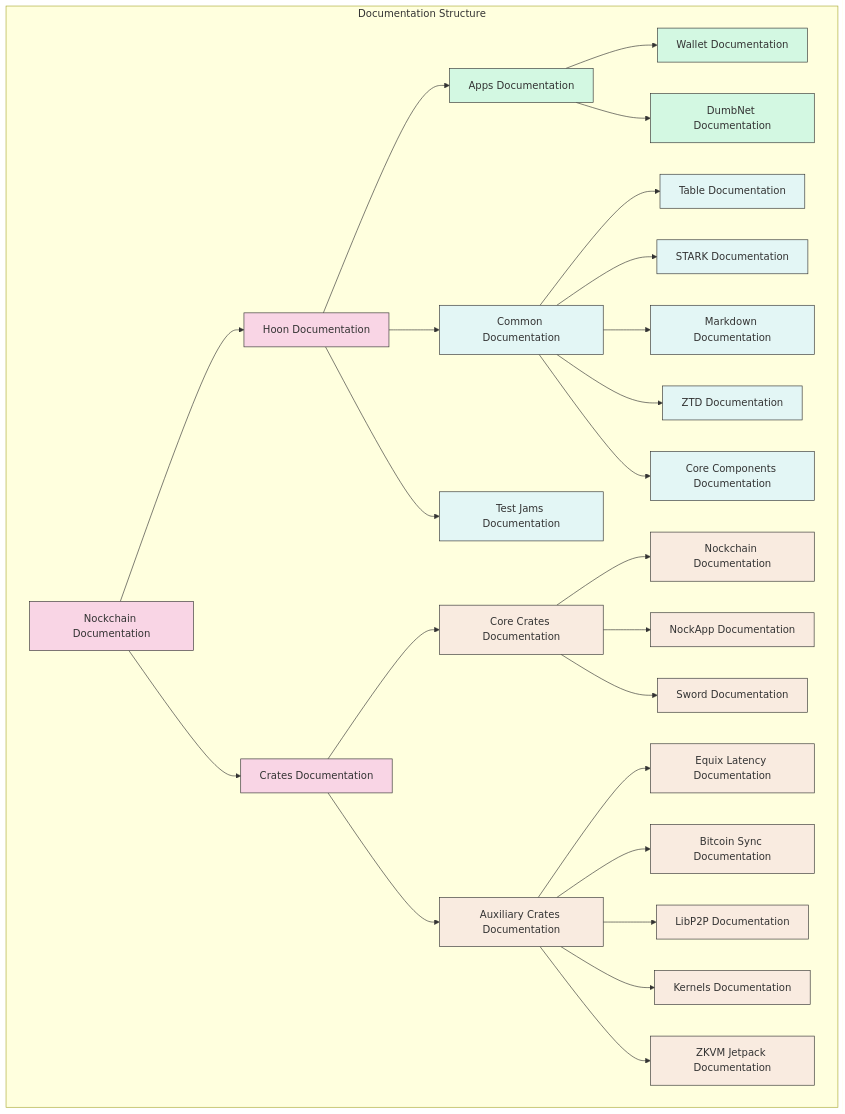
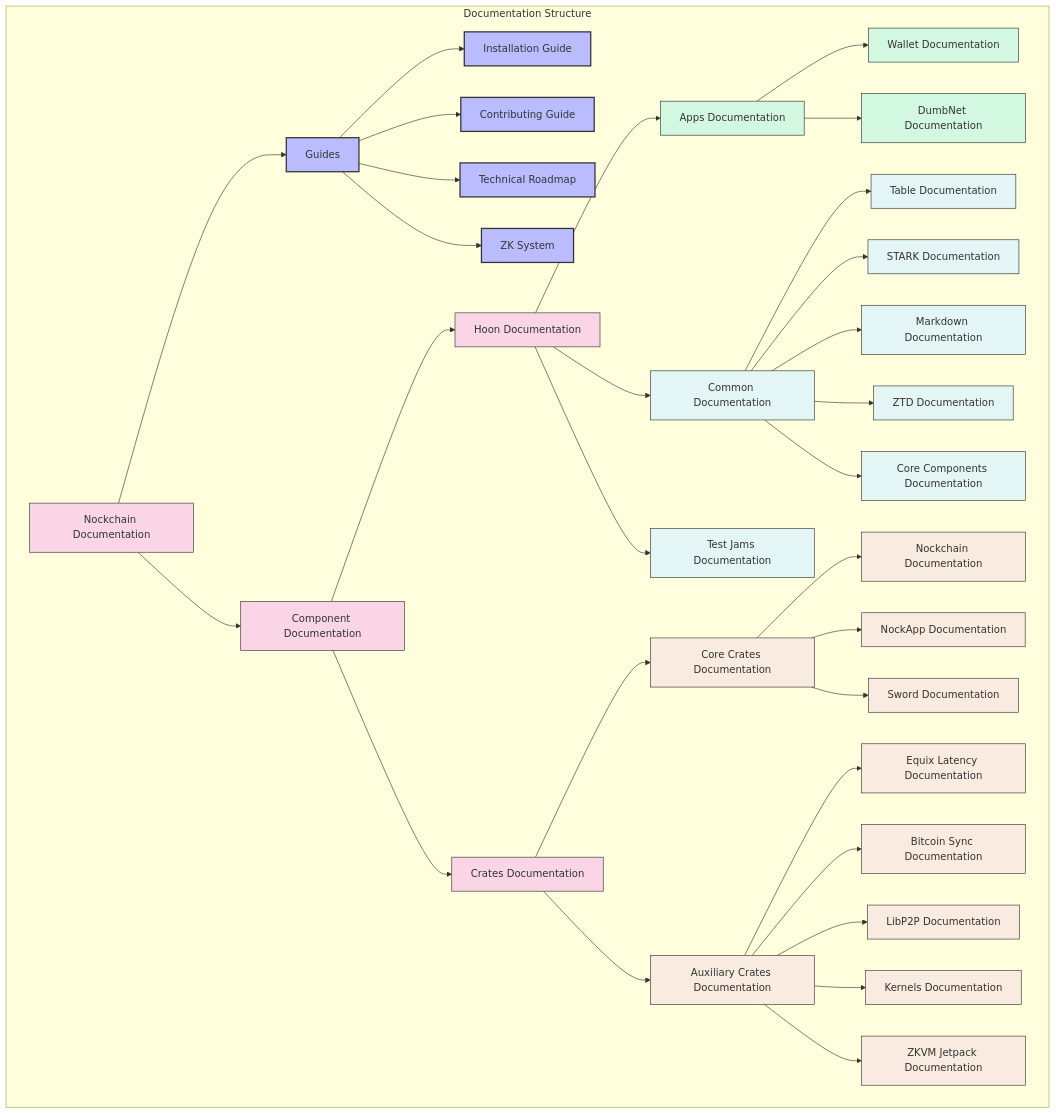
Before and after one commit to docxology/nockchain: the third of 4 diagrams in docs/README.md, drawn with Mermaid. The commit also changed other lines of this file and 13 other files, not shown here.

````diff
--- a/docs/README.md
+++ b/docs/README.md
@@ -548,56 +145,74 @@
 ```mermaid
 graph TD
     subgraph "Documentation Structure"
         DOCS[Nockchain Documentation]
         
+        GUIDES[Guides]
+        INSTALL[Installation Guide]
+        CONTRIB[Contributing Guide]
+        ROADMAP[Technical Roadmap]
+        ZK_DOCS[ZK System]
+        
+        COMP_DOCS[Component Documentation]
         HOON_DOCS[Hoon Documentation]
+        CRATES_DOCS[Crates Documentation]
+        
         APPS_DOCS[Apps Documentation]
         COMMON_DOCS[Common Documentation]
         TEST_JAMS_DOCS[Test Jams Documentation]
         
-        CRATES_DOCS[Crates Documentation]
         CORE_CRATES_DOCS[Core Crates Documentation]
         AUX_CRATES_DOCS[Auxiliary Crates Documentation]
         
-        DOCS --> HOON_DOCS
-        DOCS --> CRATES_DOCS
+        DOCS --> GUIDES
+        DOCS --> COMP_DOCS
+        
+        GUIDES --> INSTALL
+        GUIDES --> CONTRIB
+        GUIDES --> ROADMAP
+        GUIDES --> ZK_DOCS
+        
+        COMP_DOCS --> HOON_DOCS
+        COMP_DOCS --> CRATES_DOCS
         
         HOON_DOCS --> APPS_DOCS
         HOON_DOCS --> COMMON_DOCS
         HOON_DOCS --> TEST_JAMS_DOCS
         
         CRATES_DOCS --> CORE_CRATES_DOCS
         CRATES_DOCS --> AUX_CRATES_DOCS
         
         %% Specific components
         APPS_DOCS --> WALLET_DOCS[Wallet Documentation]
         APPS_DOCS --> DUMBNET_DOCS[DumbNet Documentation]
         
         COMMON_DOCS --> TABLE_DOCS[Table Documentation]
         COMMON_DOCS --> STARK_DOCS[STARK Documentation]
         COMMON_DOCS --> MARKDOWN_DOCS[Markdown Documentation]
         COMMON_DOCS --> ZTD_DOCS[ZTD Documentation]
         COMMON_DOCS --> CORE_COMPONENTS_DOCS[Core Components Documentation]
         
         CORE_CRATES_DOCS --> NOCKCHAIN_DOCS[Nockchain Documentation]
         CORE_CRATES_DOCS --> NOCKAPP_DOCS[NockApp Documentation]
         CORE_CRATES_DOCS --> SWORD_DOCS[Sword Documentation]
         
         AUX_CRATES_DOCS --> EQUIX_DOCS[Equix Latency Documentation]
         AUX_CRATES_DOCS --> BTC_SYNC_DOCS[Bitcoin Sync Documentation]
         AUX_CRATES_DOCS --> LIBP2P_DOCS[LibP2P Documentation]
         AUX_CRATES_DOCS --> KERNELS_DOCS[Kernels Documentation]
         AUX_CRATES_DOCS --> ZKVM_DOCS[ZKVM Jetpack Documentation]
         
         classDef docsNode fill:#f9d5e5,stroke:#333,stroke-width:1px
         classDef appsNode fill:#d3f8e2,stroke:#333,stroke-width:1px
         classDef libNode fill:#e3f6f5,stroke:#333,stroke-width:1px
         classDef crateNode fill:#f9ebe0,stroke:#333,stroke-width:1px
+        classDef guideNode fill:#bbf,stroke:#333,stroke-width:2px
         
-        class DOCS,HOON_DOCS,CRATES_DOCS docsNode
+        class DOCS,HOON_DOCS,CRATES_DOCS,COMP_DOCS docsNode
         class APPS_DOCS,WALLET_DOCS,DUMBNET_DOCS appsNode
         class COMMON_DOCS,TABLE_DOCS,STARK_DOCS,MARKDOWN_DOCS,ZTD_DOCS,CORE_COMPONENTS_DOCS libNode
         class CORE_CRATES_DOCS,AUX_CRATES_DOCS,NOCKCHAIN_DOCS,NOCKAPP_DOCS,SWORD_DOCS,EQUIX_DOCS,BTC_SYNC_DOCS,LIBP2P_DOCS,KERNELS_DOCS,ZKVM_DOCS crateNode
         class TEST_JAMS_DOCS libNode
+        class GUIDES,INSTALL,CONTRIB,ROADMAP,ZK_DOCS guideNode
     end
 ```
````
